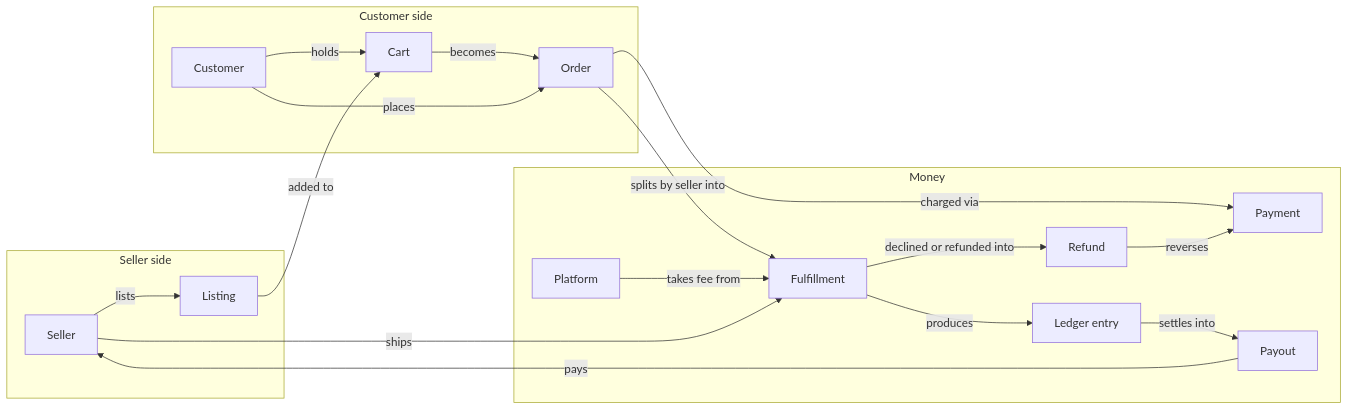
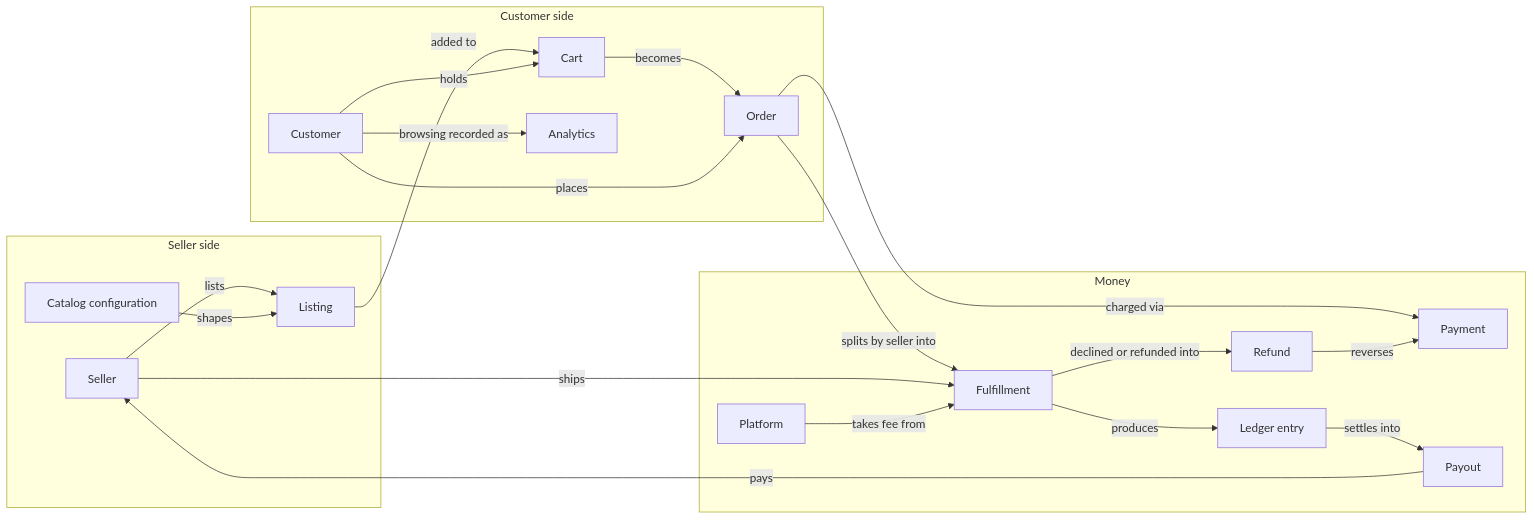
One commit to jonathan-beebe/art-store changed the diagram in app/docs/ontology.md. Above: the diagram before and after it, drawn with Mermaid. The commit also changed other lines of this file and 26 other files, not shown here.

````diff
--- a/app/docs/ontology.md
+++ b/app/docs/ontology.md
@@ -13,35 +14,39 @@
 ```mermaid
 flowchart LR
     subgraph sellerSide["Seller side"]
         seller["Seller"]
         listing["Listing"]
+        config["Catalog configuration"]
     end
     subgraph customerSide["Customer side"]
         customer["Customer"]
         cart["Cart"]
         order["Order"]
+        analytics["Analytics"]
     end
     subgraph moneySide["Money"]
         platform["Platform"]
         payment["Payment"]
         refund["Refund"]
         fulfillment["Fulfillment"]
         ledger["Ledger entry"]
         payout["Payout"]
     end
 
     seller -->|"lists"| listing
+    config -->|"shapes"| listing
+    customer -->|"browsing recorded as"| analytics
     listing -->|"added to"| cart
     customer -->|"holds"| cart
     cart -->|"becomes"| order
     customer -->|"places"| order
     order -->|"charged via"| payment
     order -->|"splits by seller into"| fulfillment
     seller -->|"ships"| fulfillment
     fulfillment -->|"declined or refunded into"| refund
     refund -->|"reverses"| payment
     fulfillment -->|"produces"| ledger
     platform -->|"takes fee from"| fulfillment
     ledger -->|"settles into"| payout
     payout -->|"pays"| seller
 ```
````
